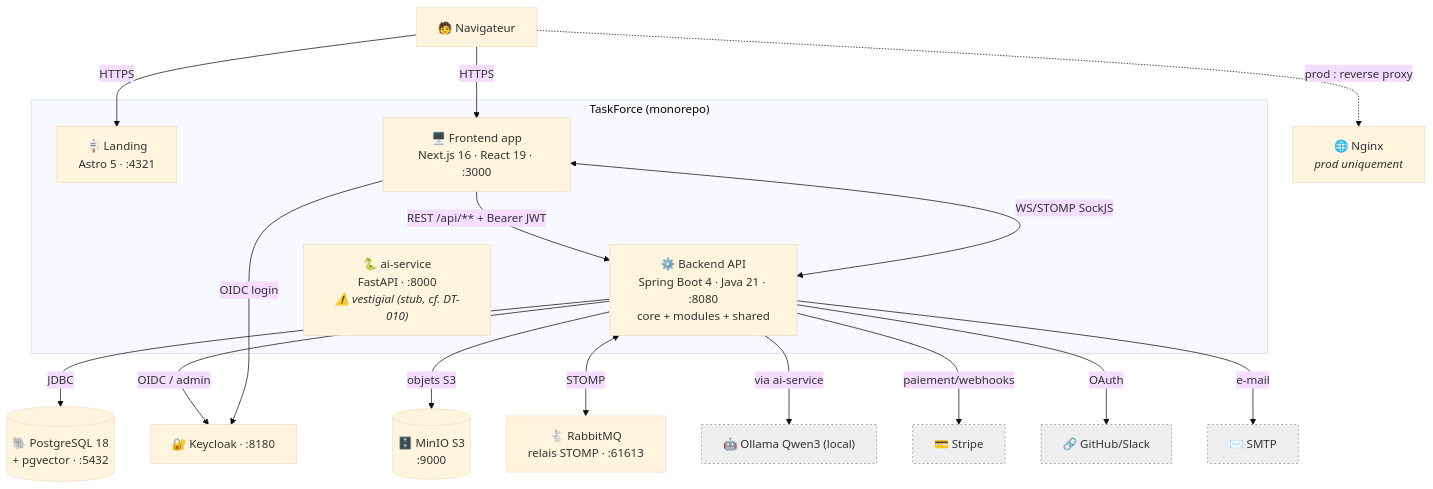
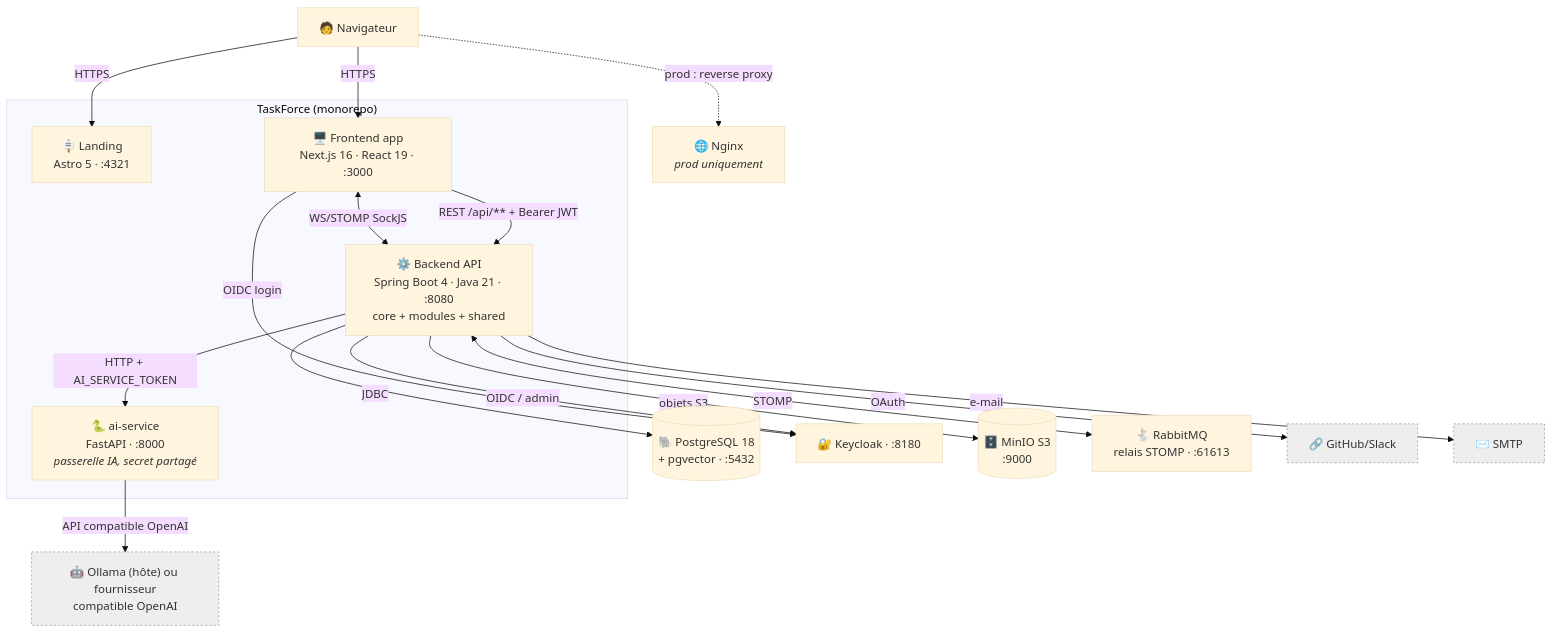
One commit to taskforce-project/taskforce-docs changed the second of 3 diagrams in v1/03-architecture/Architecture_C4.md. Above: the diagram before and after it, drawn with Mermaid (base theme). The commit also changed other lines of this file and 2 other files, not shown here.

First line of the commit message:
docs(architecture): schémas alignés sur le code après le lot 4

````diff
--- a/v1/03-architecture/Architecture_C4.md
+++ b/v1/03-architecture/Architecture_C4.md
@@ -59,39 +57,38 @@
 ```mermaid
 flowchart TB
     USER["🧑 Navigateur"]
 
     subgraph TF["TaskForce (monorepo)"]
         LAND["🪧 Landing<br/>Astro 5 · :4321"]
         FRONT["🖥️ Frontend app<br/>Next.js 16 · React 19 · :3000"]
         BACK["⚙️ Backend API<br/>Spring Boot 4 · Java 21 · :8080<br/>core + modules + shared"]
-        AISVC["🐍 ai-service<br/>FastAPI · :8000<br/><i>⚠️ vestigial (stub, cf. DT-010)</i>"]
+        AISVC["🐍 ai-service<br/>FastAPI · :8000<br/><i>passerelle IA, secret partagé</i>"]
     end
 
     PG[("🐘 PostgreSQL 18<br/>+ pgvector · :5432")]
     KC["🔐 Keycloak · :8180"]
     MINIO[("🗄️ MinIO S3<br/>:9000")]
     RMQ["🐇 RabbitMQ<br/>relais STOMP · :61613"]
     NGINX["🌐 Nginx<br/><i>prod uniquement</i>"]
 
-    STRIPE["💳 Stripe"]:::ext
-    OLLAMA["🤖 Ollama Qwen3 (local)"]:::ext
+    OLLAMA["🤖 Ollama (hôte) ou fournisseur<br/>compatible OpenAI"]:::ext
     OAUTH["🔗 GitHub/Slack"]:::ext
     SMTP["✉️ SMTP"]:::ext
 
     USER -->|HTTPS| LAND
     USER -->|HTTPS| FRONT
     USER -.->|prod : reverse proxy| NGINX
     FRONT -->|REST /api/** + Bearer JWT| BACK
     FRONT <-->|WS/STOMP SockJS| BACK
     BACK -->|JDBC| PG
     BACK -->|OIDC / admin| KC
     FRONT -->|OIDC login| KC
     BACK -->|objets S3| MINIO
     BACK <-->|STOMP| RMQ
-    BACK -->|via ai-service| OLLAMA
-    BACK -->|paiement/webhooks| STRIPE
+    BACK -->|HTTP + AI_SERVICE_TOKEN| AISVC
+    AISVC -->|API compatible OpenAI| OLLAMA
     BACK -->|OAuth| OAUTH
     BACK -->|e-mail| SMTP
 
     classDef ext fill:#eee,stroke:#999,stroke-dasharray:3 3;
 ```
````
